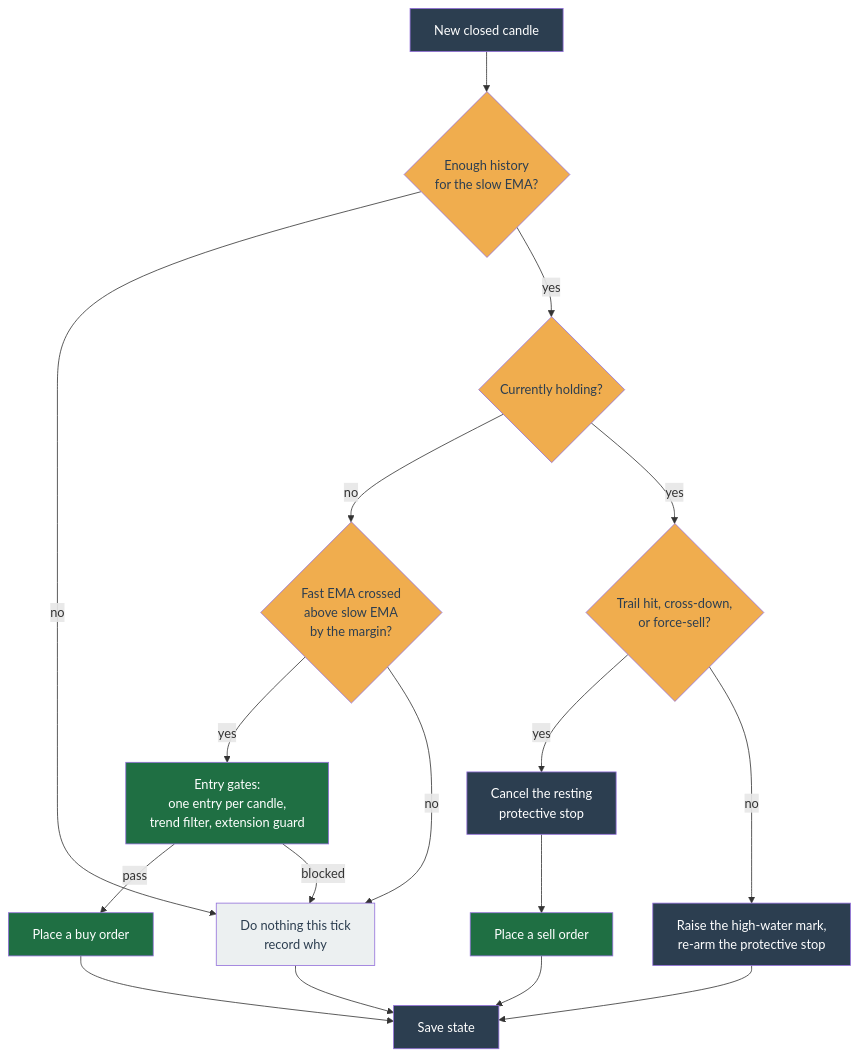
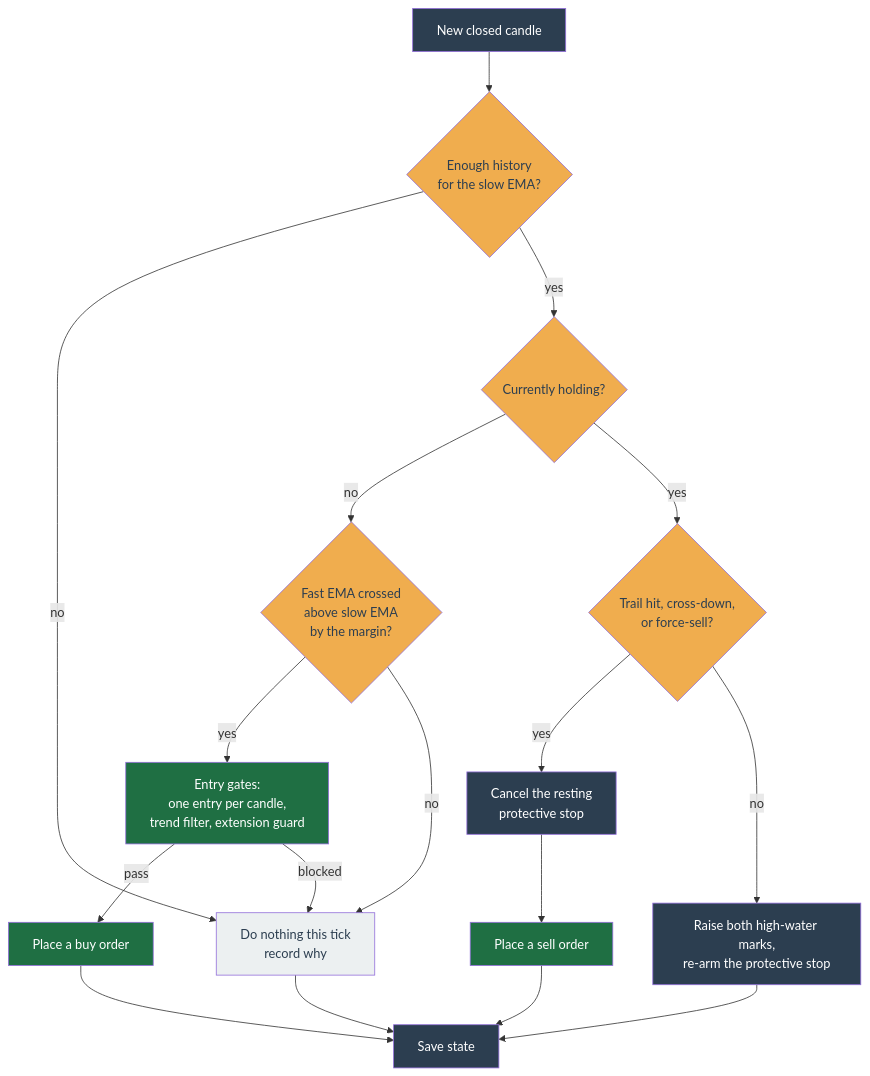
The diagram in docs/concepts/strategies/momentum.md (chrisleekr/binance-trading-bot), drawn with Mermaid before and after one commit. The commit also changed other lines of this file and 86 other files, not shown here.

````diff
--- a/docs/concepts/strategies/momentum.md
+++ b/docs/concepts/strategies/momentum.md
@@ -19,36 +19,36 @@
 ```mermaid
 flowchart TD
     Start["New closed candle"]:::io
     Warm{"Enough history<br/>for the slow EMA?"}:::gate
     Held{"Currently holding?"}:::gate
 
     CrossUp{"Fast EMA crossed<br/>above slow EMA<br/>by the margin?"}:::gate
     Gates["Entry gates:<br/>one entry per candle,<br/>trend filter, extension guard"]:::core
     Buy["Place a buy order"]:::act
 
     Exit{"Trail hit, cross-down,<br/>or force-sell?"}:::gate
     CancelStop["Cancel the resting<br/>protective stop"]:::io
     Sell["Place a sell order"]:::act
-    Ratchet["Raise the high-water mark,<br/>re-arm the protective stop"]:::io
+    Ratchet["Raise both high-water marks,<br/>re-arm the protective stop"]:::io
 
     Wait["Do nothing this tick<br/>record why"]:::wait
     Save["Save state"]:::io
 
     Start --> Warm
     Warm -->|no| Wait
     Warm -->|yes| Held
     Held -->|no| CrossUp
     CrossUp -->|yes| Gates
     Gates -->|pass| Buy --> Save
     Gates -->|blocked| Wait --> Save
     CrossUp -->|no| Wait
     Held -->|yes| Exit
     Exit -->|yes| CancelStop --> Sell --> Save
     Exit -->|no| Ratchet --> Save
 
     classDef io fill:#2c3e50,color:#ffffff;
     classDef core fill:#1f6f43,color:#ffffff;
     classDef gate fill:#f0ad4e,color:#2c3e50;
     classDef act fill:#1f6f43,color:#ffffff;
     classDef wait fill:#ecf0f1,color:#2c3e50;
 ```
````
